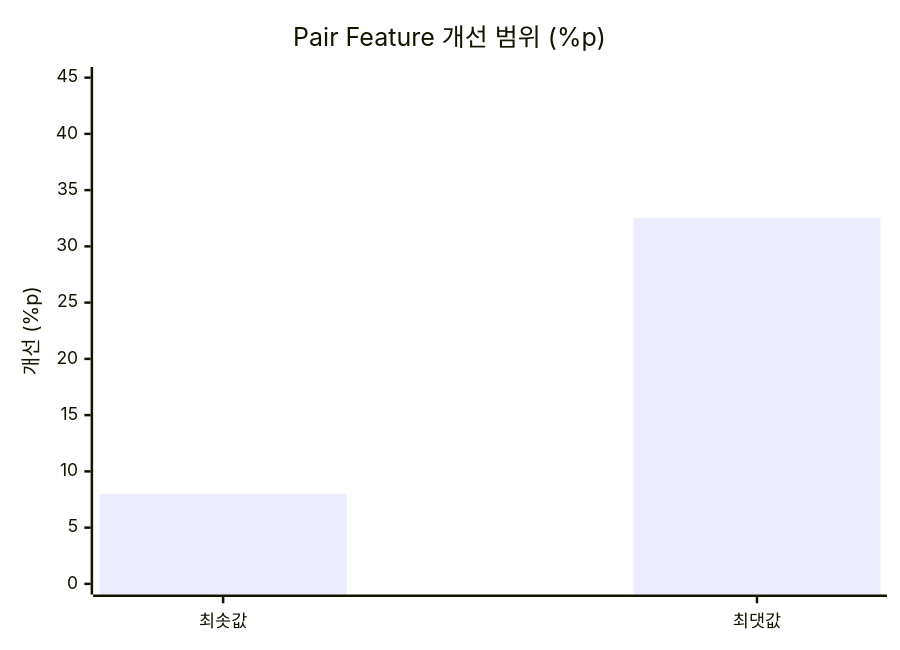
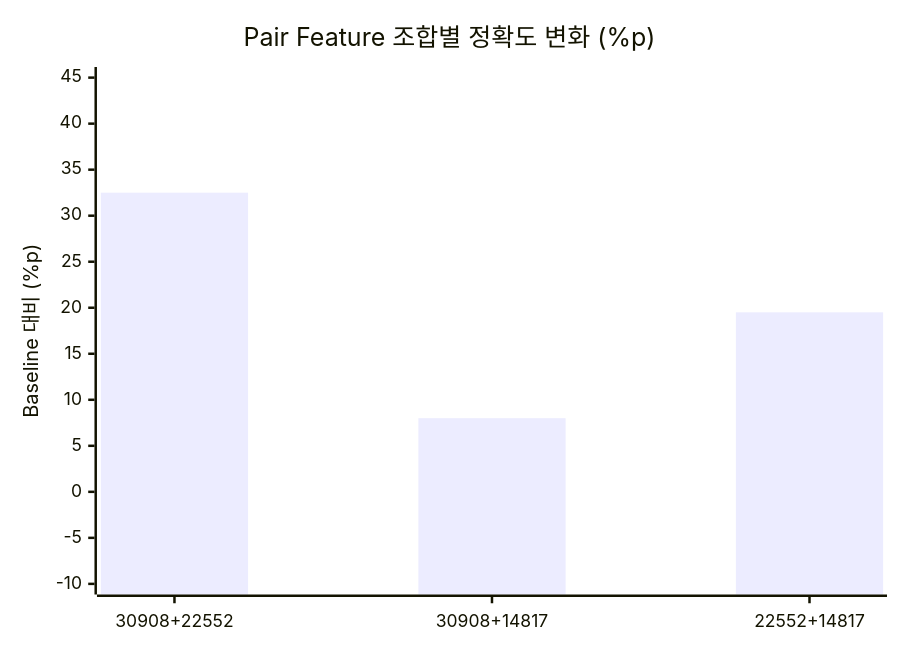
The third of 5 diagrams in research/journal/2026-10-01_2026-10-10.md (davidkss/mindscopex_analysis), drawn with Mermaid before and after one commit. The commit also changed other lines of this file, not shown here.

````diff
--- a/research/journal/2026-10-01_2026-10-10.md
+++ b/research/journal/2026-10-01_2026-10-10.md
@@ -73,7 +75,7 @@
 ```mermaid
 xychart-beta
-    title "Pair Feature 개선 범위 (%p)"
-    x-axis ["최솟값", "최댓값"]
-    y-axis "개선 (%p)" 0 --> 45
-    bar [8, 32.5]
+    title "Pair Feature 조합별 정확도 변화 (%p)"
+    x-axis ["30908+22552", "30908+14817", "22552+14817"]
+    y-axis "Baseline 대비 (%p)" -10 --> 45
+    bar [32.5, 8, 19.5]
 ```
````
